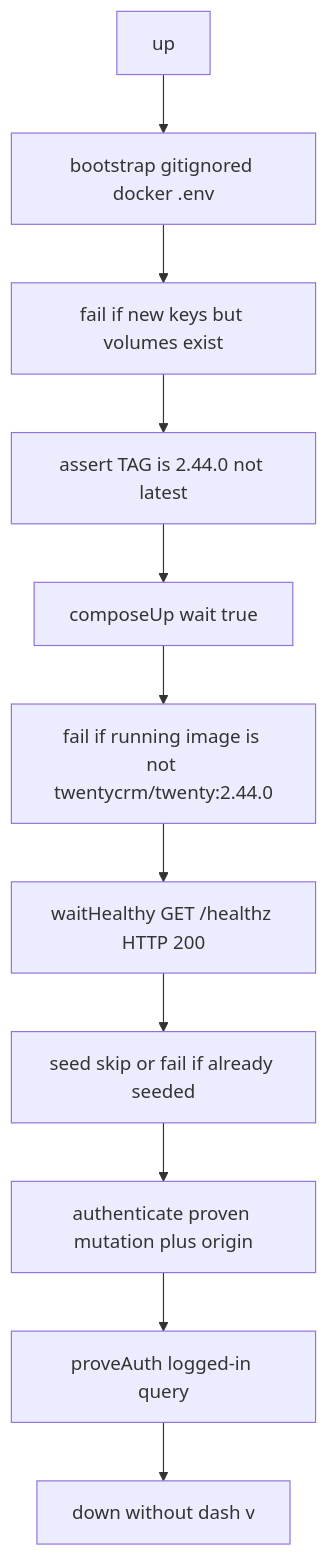
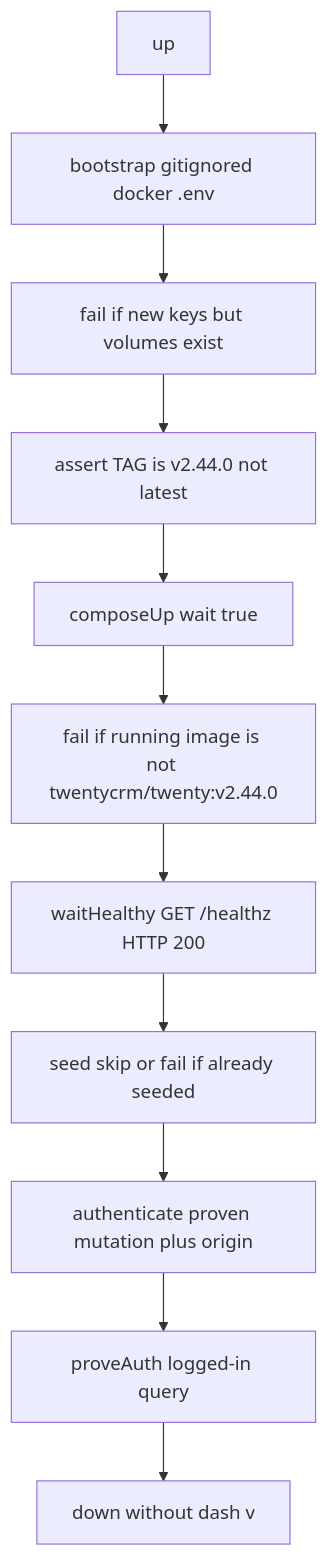
Before and after one commit to Jayami123/qa-portfolio-harness: the diagram in docs/plans/2026-10-13-harness-v0.2.7-twenty-adapter.md, drawn with Mermaid. The commit also changed other lines of this file and 8 other files, not shown here.

First line of the commit message:
fix(twenty): compose healthcheck start_period, v2.44.0 tag, smoke hints

````diff
--- a/docs/plans/2026-10-13-harness-v0.2.7-twenty-adapter.md
+++ b/docs/plans/2026-10-13-harness-v0.2.7-twenty-adapter.md
@@ -64,16 +64,16 @@
 ```mermaid
 flowchart TD
   upStart[up]
   secrets[bootstrap gitignored docker .env]
   mismatch[fail if new keys but volumes exist]
-  tag[assert TAG is 2.44.0 not latest]
+  tag[assert TAG is v2.44.0 not latest]
   compose[composeUp wait true]
-  inspect[fail if running image is not twentycrm/twenty:2.44.0]
+  inspect[fail if running image is not twentycrm/twenty:v2.44.0]
   waitHttp[waitHealthy GET /healthz HTTP 200]
   seed[seed skip or fail if already seeded]
   auth[authenticate proven mutation plus origin]
   prove[proveAuth logged-in query]
   downKeep[down without dash v]
   upStart --> secrets --> mismatch --> tag --> compose --> inspect --> waitHttp
   waitHttp --> seed --> auth --> prove --> downKeep
 ```
````
